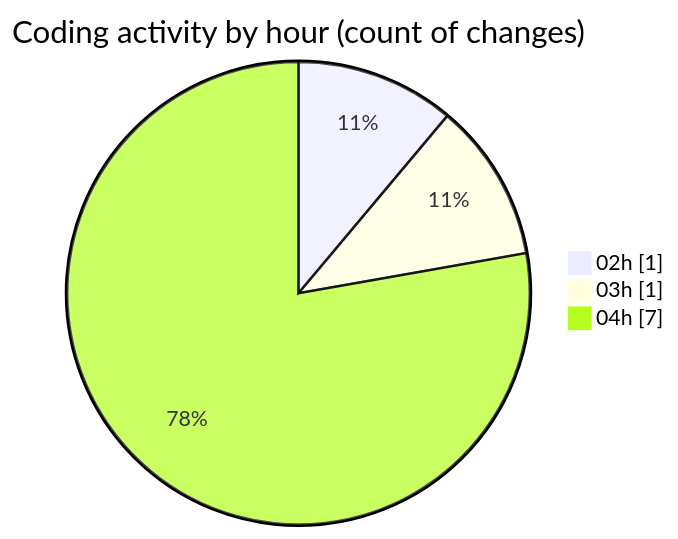
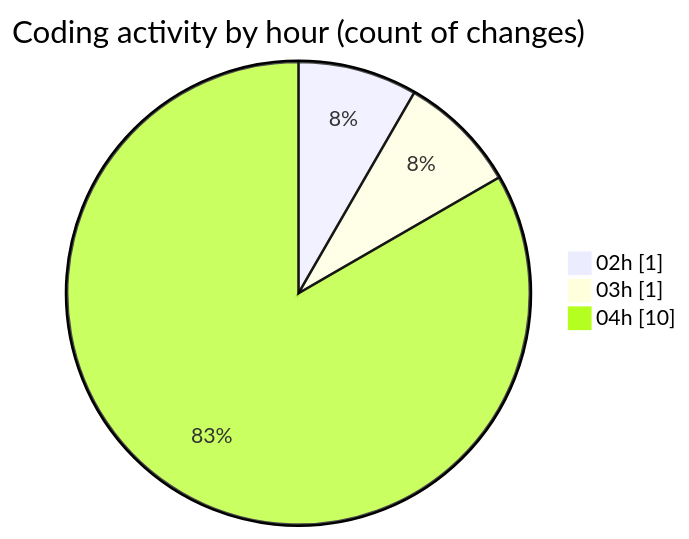
The second of 2 diagrams in 2025-10-31/cdp_aleoudev_fr__workspace_/README.md (julien-gomy/code-tracking), drawn with Mermaid before and after one commit. The commit also changed other lines of this file and 1 other file, not shown here.

````diff
--- a/2025-10-31/cdp_aleoudev_fr__workspace_/README.md
+++ b/2025-10-31/cdp_aleoudev_fr__workspace_/README.md
@@ -29,7 +29,7 @@
 ```mermaid
 pie showData
 title Coding activity by hour (count of changes)
 "02h" : 1
 "03h" : 1
-"04h" : 7
+"04h" : 10
 ```
````
